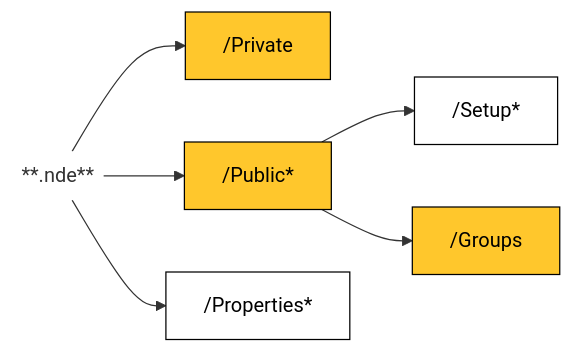
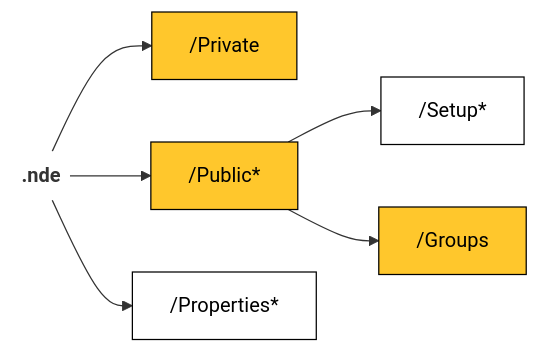
The diagram in site/docs/hdf5-structure/index.md (Evident-Industrial/NDE_Open_File_Format), drawn with Mermaid before and after one commit. The commit also changed 139 other files, not shown here.

````diff
--- a/site/docs/hdf5-structure/index.md
+++ b/site/docs/hdf5-structure/index.md
@@ -15,17 +15,17 @@
 ``` mermaid
 flowchart LR
-  .nde[**.nde**]:::root --> Private["/Private"]:::group
-  .nde[**.nde**]:::root --> Public["/Public `required`"]:::group
-  .nde[**.nde**]:::root --> Properties["/Properties*"]:::dataset
+  .nde[<b>.nde</b>]:::root --> Private["/Private"]:::group
+  .nde[<b>.nde</b>]:::root --> Public["/Public `required`"]:::group
+  .nde[<b>.nde</b>]:::root --> Properties["/Properties*"]:::dataset
   Public["/Public*"] --> Setup["/Setup*"]:::dataset
   Public["/Public*"] --> Groups["/Groups"]:::group
   .nde@{ shape: text}
   click Public "public-group"
   click Private "private-group"
   click Properties "../json-metadata/properties"
   click Setup "../json-metadata/setup"
   click Groups "public-group#groups-group-and-subgroups"
   classDef root fill:#fff
   classDef group fill:#ffc72c,stroke:#000000,color:#000000
   classDef dataset fill:#fff,stroke:#000000,color:#000000
 ```
````
